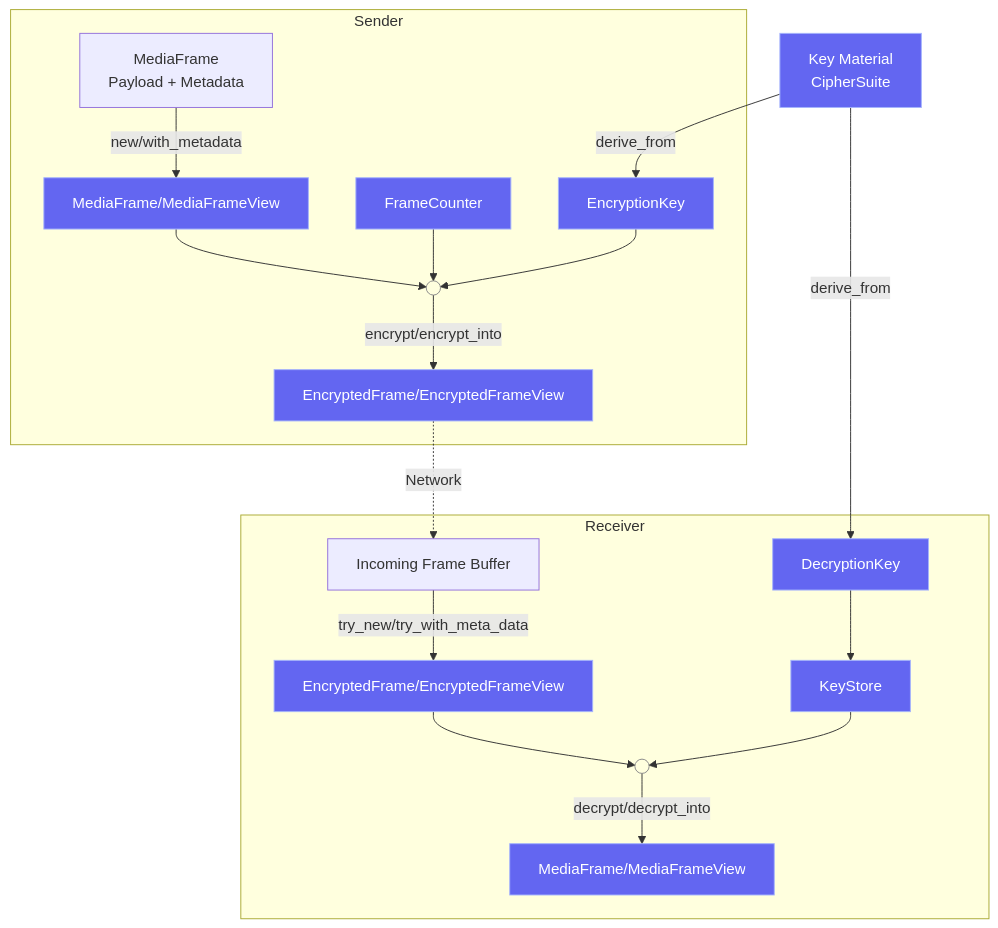
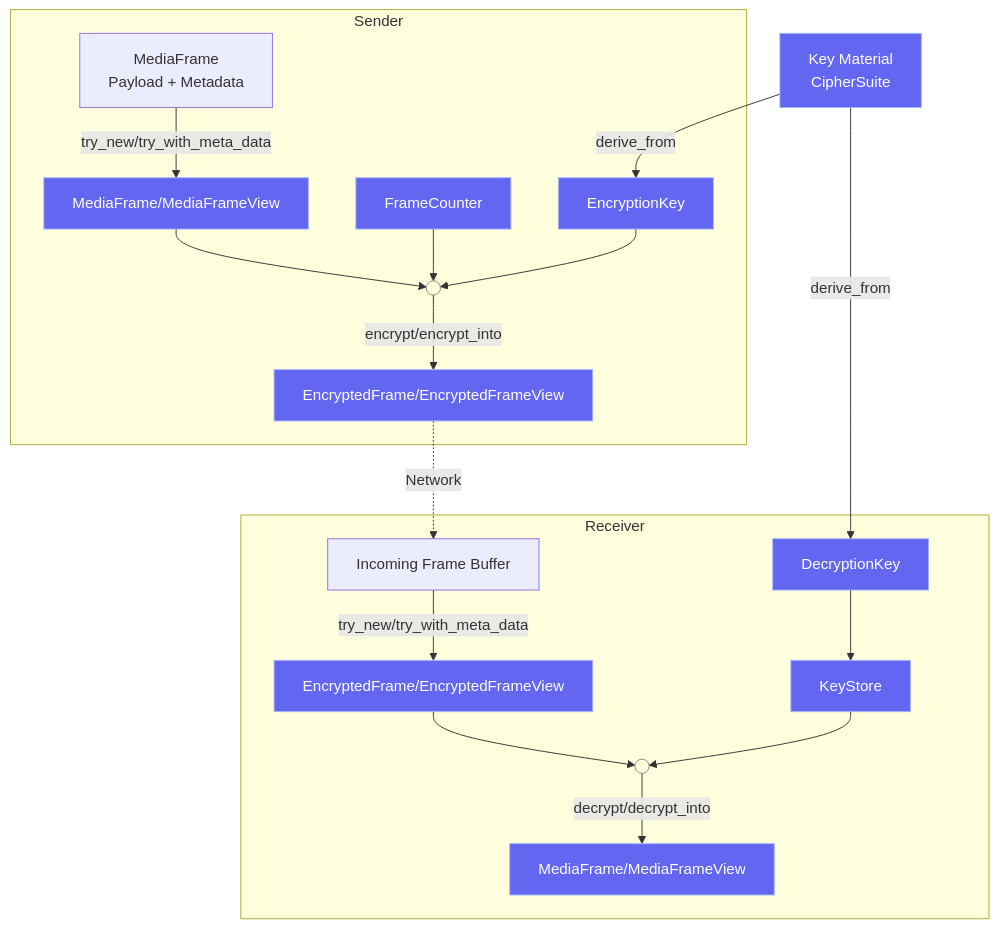
Before and after one commit to TobTheRock/sframe-rs: the diagram in README.md, drawn with Mermaid. The commit also changed other lines of this file and 8 other files, not shown here.

````diff
--- a/README.md
+++ b/README.md
@@ -67,29 +67,29 @@
 ```mermaid
 flowchart TD
     subgraph Sender
-        A[MediaFrame<br/>Payload + Metadata] -->|new/with_metadata| B[MediaFrame/MediaFrameView]
+        A[MediaFrame<br/>Payload + Metadata] -->|try_new/try_with_meta_data| B[MediaFrame/MediaFrameView]
         B --> EncryptJunction(( ))
         EncryptJunction -->|encrypt/encrypt_into| C[EncryptedFrame/EncryptedFrameView]
         FC[FrameCounter] --> EncryptJunction
         EK[EncryptionKey] --> EncryptJunction
     end
     
     Shared[Key Material<br/>CipherSuite]
     Shared -->|derive_from| EK
     Shared -->|derive_from| DK
     
     subgraph Receiver
         D[Incoming Frame Buffer] -->|try_new/try_with_meta_data| E[EncryptedFrame/EncryptedFrameView]
         E --> DecryptJunction(( ))
         DecryptJunction -->|decrypt/decrypt_into| F[MediaFrame/MediaFrameView]
         DK[DecryptionKey] --> KS[KeyStore]
         KS --> DecryptJunction
     end
     
     C -.->|Network| D
     
     classDef sframe fill:#6366f1,stroke:#a5b4fc,stroke-width:1px,color:#fff
     class Shared,B,C,E,F,EK,DK,FC,KS sframe
     style EncryptJunction fill:transparent,stroke:#888
     style DecryptJunction fill:transparent,stroke:#888
 ```
````
